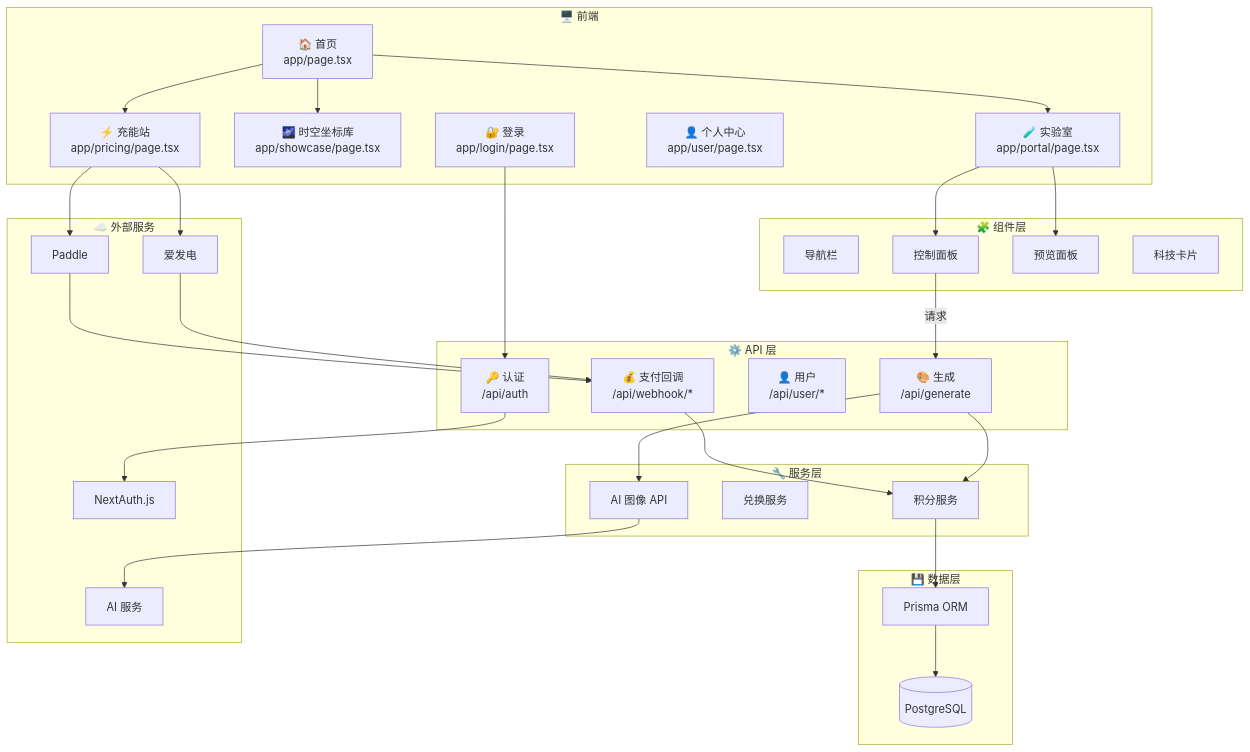
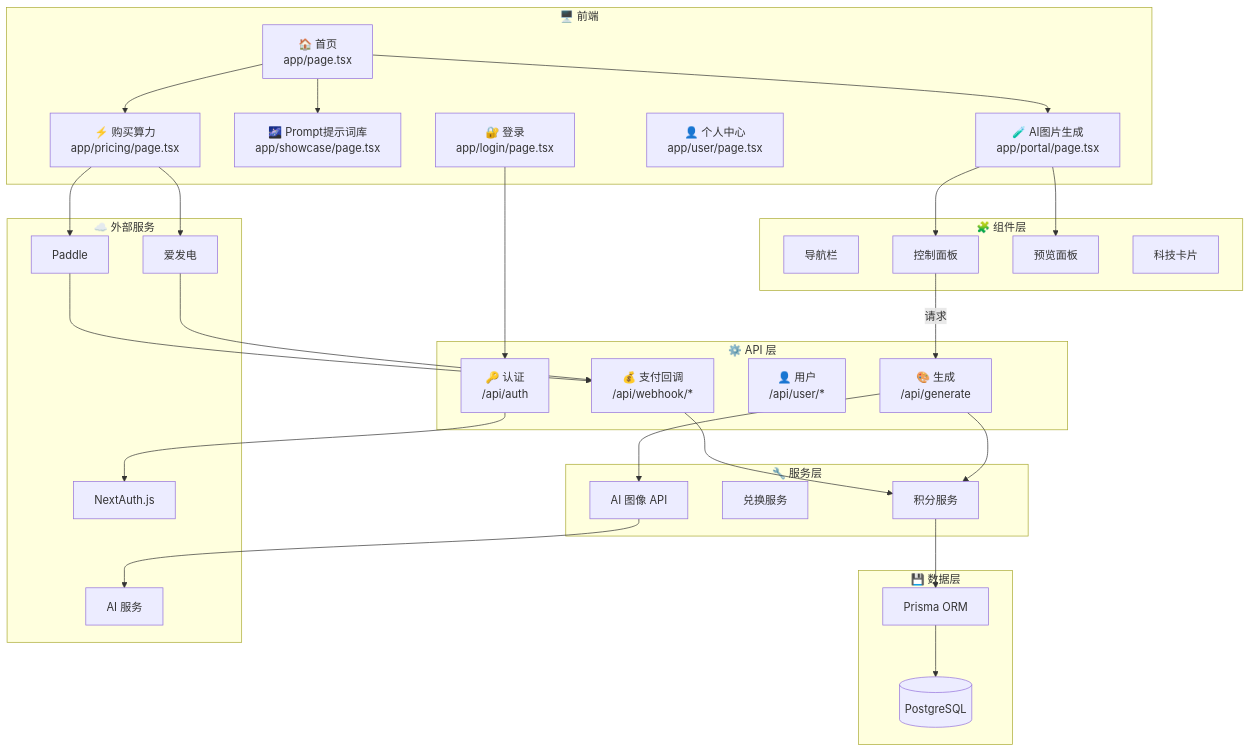
One commit to Trade-Offf/The-Nth-Me changed the first of 2 diagrams in README.zh-CN.md. Above: the diagram before and after it, drawn with Mermaid. The commit also changed other lines of this file and 5 other files, not shown here.

````diff
--- a/README.zh-CN.md
+++ b/README.zh-CN.md
@@ -144,66 +147,66 @@
 ```mermaid
 flowchart TB
     subgraph 前端["🖥️ 前端"]
         Home["🏠 首页<br/>app/page.tsx"]
-        Portal["🧪 实验室<br/>app/portal/page.tsx"]
-        Showcase["🌌 时空坐标库<br/>app/showcase/page.tsx"]
-        Pricing["⚡ 充能站<br/>app/pricing/page.tsx"]
+        Portal["🧪 AI图片生成<br/>app/portal/page.tsx"]
+        Showcase["🌌 Prompt提示词库<br/>app/showcase/page.tsx"]
+        Pricing["⚡ 购买算力<br/>app/pricing/page.tsx"]
         User["👤 个人中心<br/>app/user/page.tsx"]
         Login["🔐 登录<br/>app/login/page.tsx"]
     end
 
     subgraph 组件["🧩 组件层"]
         Navbar["导航栏"]
         ControlPanel["控制面板"]
         PreviewPanel["预览面板"]
         TechCard["科技卡片"]
     end
 
     subgraph API["⚙️ API 层"]
         AuthAPI["🔑 认证<br/>/api/auth"]
         GenerateAPI["🎨 生成<br/>/api/generate"]
         UserAPI["👤 用户<br/>/api/user/*"]
         WebhookAPI["💰 支付回调<br/>/api/webhook/*"]
     end
 
     subgraph 服务["🔧 服务层"]
         CreditService["积分服务"]
         RedeemService["兑换服务"]
         NanobananaAPI["AI 图像 API"]
     end
 
     subgraph 数据库["💾 数据层"]
         Prisma["Prisma ORM"]
         PostgreSQL[("PostgreSQL")]
     end
 
     subgraph 外部["☁️ 外部服务"]
         NextAuth["NextAuth.js"]
         Afdian["爱发电"]
         Paddle["Paddle"]
         AIService["AI 服务"]
     end
 
     Home --> Portal
     Home --> Showcase
     Home --> Pricing
     Portal --> ControlPanel
     Portal --> PreviewPanel
 
     ControlPanel -->|"请求"| GenerateAPI
     GenerateAPI --> CreditService
     GenerateAPI --> NanobananaAPI
     NanobananaAPI --> AIService
 
     Login --> AuthAPI
     AuthAPI --> NextAuth
 
     Pricing --> Afdian
     Pricing --> Paddle
     Afdian --> WebhookAPI
     Paddle --> WebhookAPI
     WebhookAPI --> CreditService
 
     CreditService --> Prisma
     Prisma --> PostgreSQL
 ```
````
